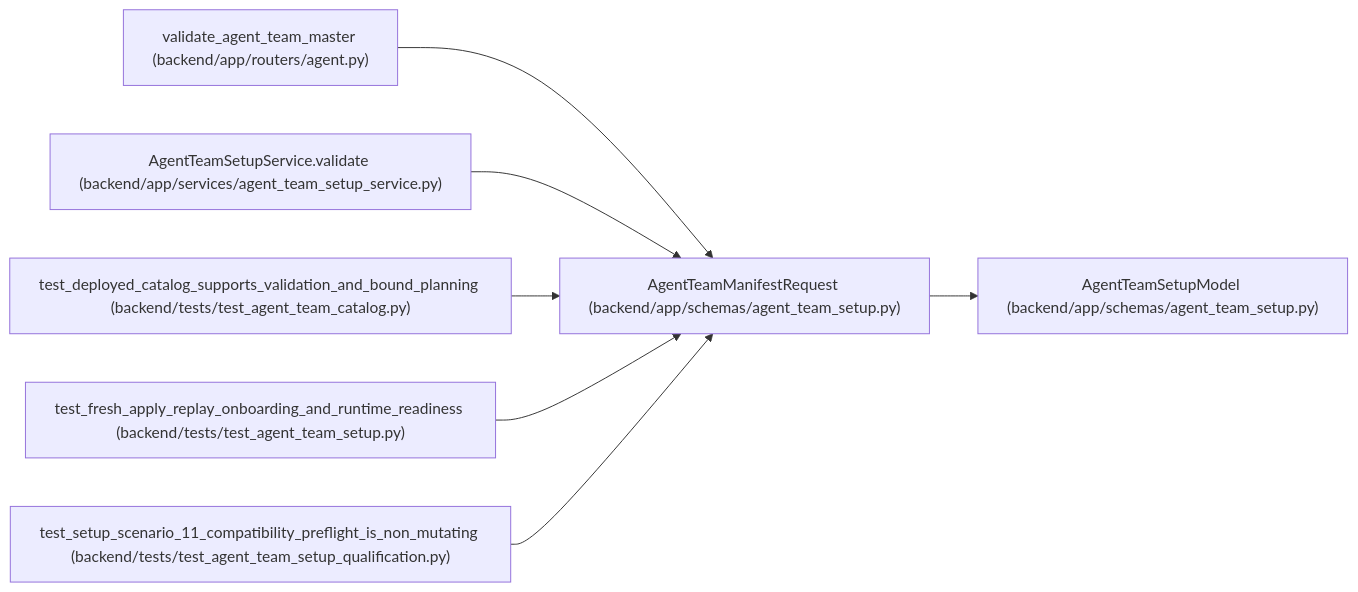
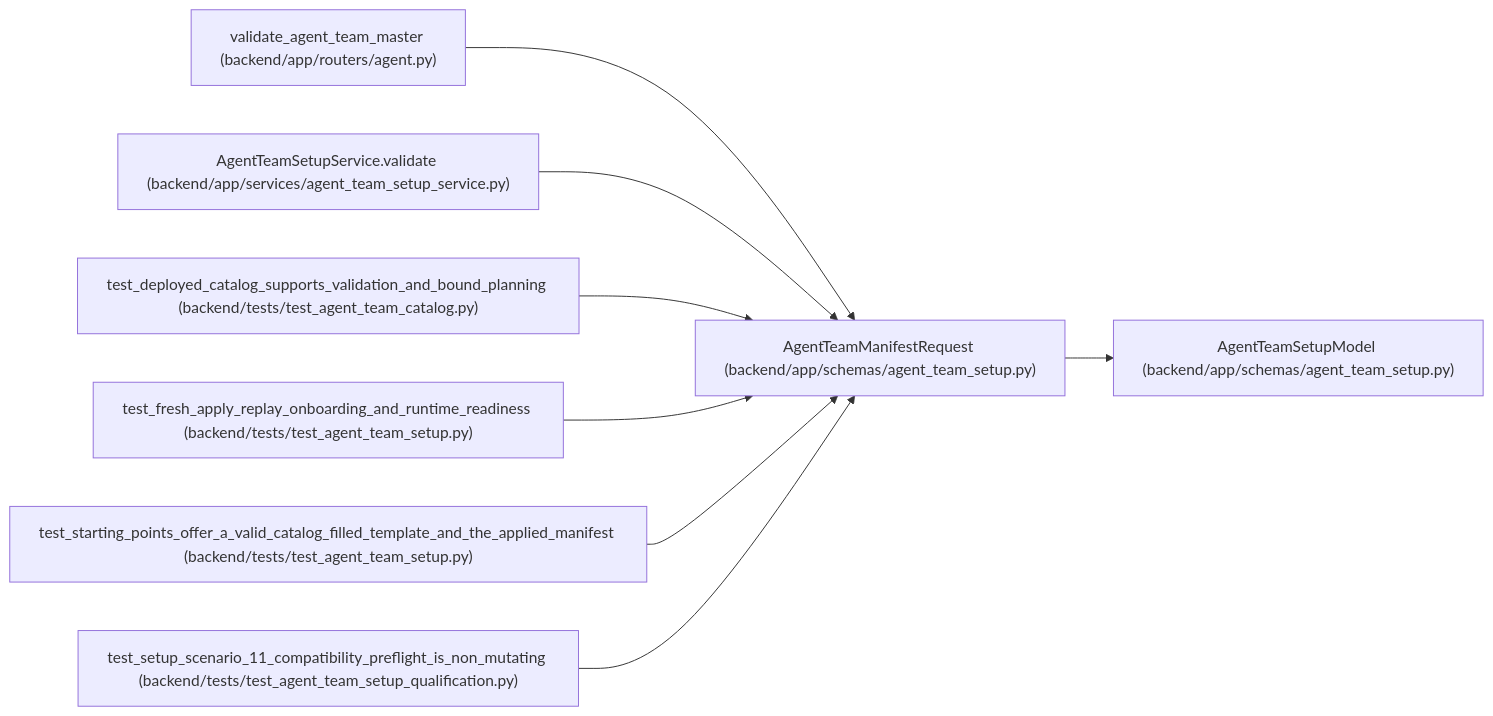
Before and after one commit to Denissvgn/WorkChord: the diagram in docs/llm_wiki/entities/AgentTeamManifestRequest.md, drawn with Mermaid. The commit also changed other lines of this file and 471 other files, not shown here.

Commit message:
docs(wiki): refresh for guided agent team setup

````diff
--- a/docs/llm_wiki/entities/AgentTeamManifestRequest.md
+++ b/docs/llm_wiki/entities/AgentTeamManifestRequest.md
@@ -25,23 +25,26 @@
 ```mermaid
 flowchart LR
     n0["AgentTeamManifestRequest (backend/app/schemas/agent_team_setup.py)"]
     n1["AgentTeamSetupModel (backend/app/schemas/agent_team_setup.py)"]
     n2["validate_agent_team_master (backend/app/routers/agent.py)"]
     n3["AgentTeamSetupService.validate (backend/app/services/agent_team_setup_service.py)"]
     n4["test_deployed_catalog_supports_validation_and_bound_planning (backend/tests/test_agent_team_catalog.py)"]
     n5["test_fresh_apply_replay_onboarding_and_runtime_readiness (backend/tests/test_agent_team_setup.py)"]
-    n6["test_setup_scenario_11_compatibility_preflight_is_non_mutating (backend/tests/test_agent_team_setup_qualification.py)"]
+    n6["test_starting_points_offer_a_valid_catalog_filled_template_and_the_applied_manifest (backend/tests/test_agent_team_setup.py)"]
+    n7["test_setup_scenario_11_compatibility_preflight_is_non_mutating (backend/tests/test_agent_team_setup_qualification.py)"]
     n0 --> n1
     n2 --> n0
     n3 --> n0
     n4 --> n0
     n5 --> n0
     n6 --> n0
+    n7 --> n0
     click n0 "../modules/agent_team_setup.md"
     click n1 "../modules/agent_team_setup.md"
     click n2 "../modules/routers_agent.md"
     click n3 "../modules/agent_team_setup_service.md"
     click n4 "../modules/test_agent_team_catalog.md"
     click n5 "../modules/test_agent_team_setup.md"
-    click n6 "../modules/test_agent_team_setup_qualification.md"
+    click n6 "../modules/test_agent_team_setup.md"
+    click n7 "../modules/test_agent_team_setup_qualification.md"
 ```
````
